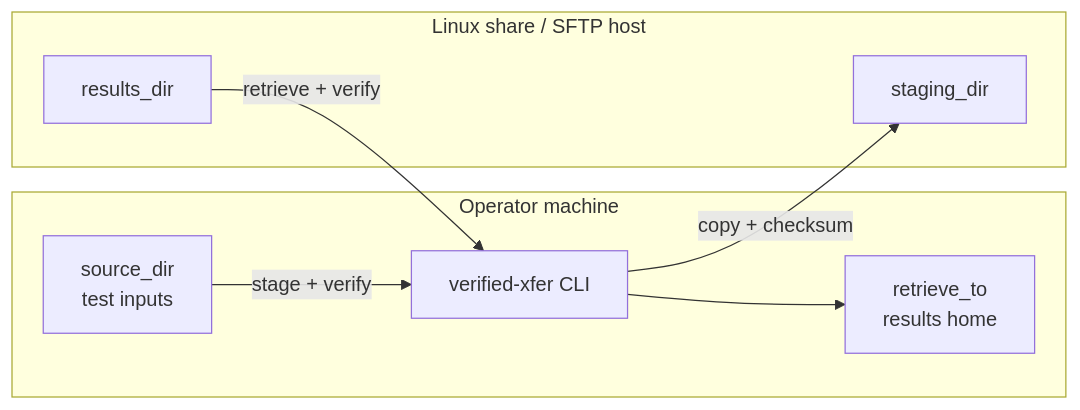
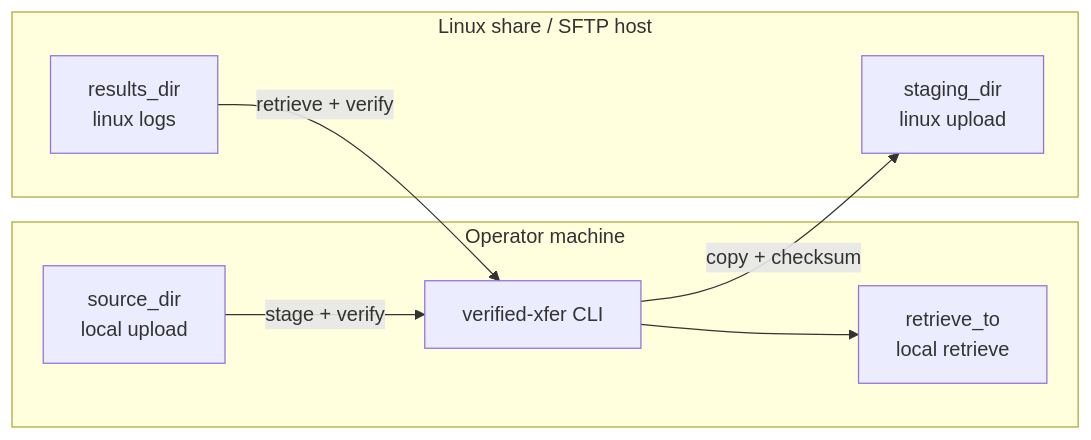
The first of 2 diagrams in README.md (mowgli42/verified-xfer), drawn with Mermaid before and after one commit. The commit also changed other lines of this file and 15 other files, not shown here.

````diff
--- a/README.md
+++ b/README.md
@@ -28,16 +37,16 @@
 ```mermaid
 flowchart LR
   subgraph Windows_or_Linux["Operator machine"]
-    SRC[source_dir<br/>test inputs]
-    RET[retrieve_to<br/>results home]
+    SRC[source_dir<br/>local upload]
+    RET[retrieve_to<br/>local retrieve]
     CLI[verified-xfer CLI]
   end
   subgraph Share["Linux share / SFTP host"]
-    STG[staging_dir]
-    RES[results_dir]
+    STG[staging_dir<br/>linux upload]
+    RES[results_dir<br/>linux logs]
   end
   SRC -->|stage + verify| CLI
   CLI -->|copy + checksum| STG
   RES -->|retrieve + verify| CLI
   CLI --> RET
 ```
````
